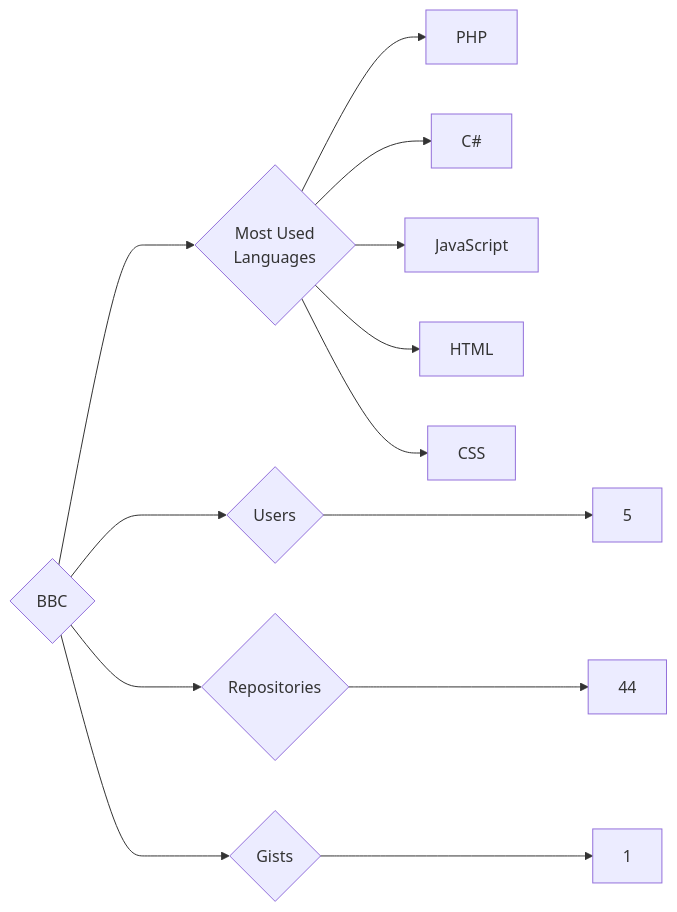
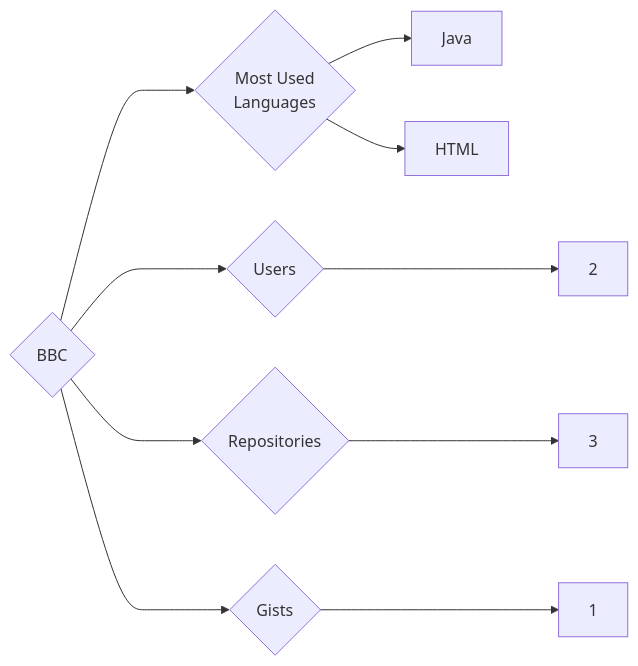
One commit to trickest/insiders changed the diagram in targets/BBC/README.md. Above: the diagram before and after it, drawn with Mermaid. The commit also changed 1092 other files, not shown here.

````diff
--- a/targets/BBC/README.md
+++ b/targets/BBC/README.md
@@ -3,13 +3,10 @@
 ```mermaid
 graph LR
 COMPANY_NAME{BBC}
-COMPANY_NAME ---> U{Users} ---> UN[5]
-COMPANY_NAME ---> R{Repositories} ---> RN[44]
+COMPANY_NAME ---> U{Users} ---> UN[2]
+COMPANY_NAME ---> R{Repositories} ---> RN[3]
 COMPANY_NAME ---> G{Gists} ---> GN[1]
 COMPANY_NAME ---> ML{Most Used<br>Languages}
-ML --> PHP[PHP]
-ML --> C#[C#]
-ML --> JavaScript[JavaScript]
+ML --> Java[Java]
 ML --> HTML[HTML]
-ML --> CSS[CSS]
 ```
````
